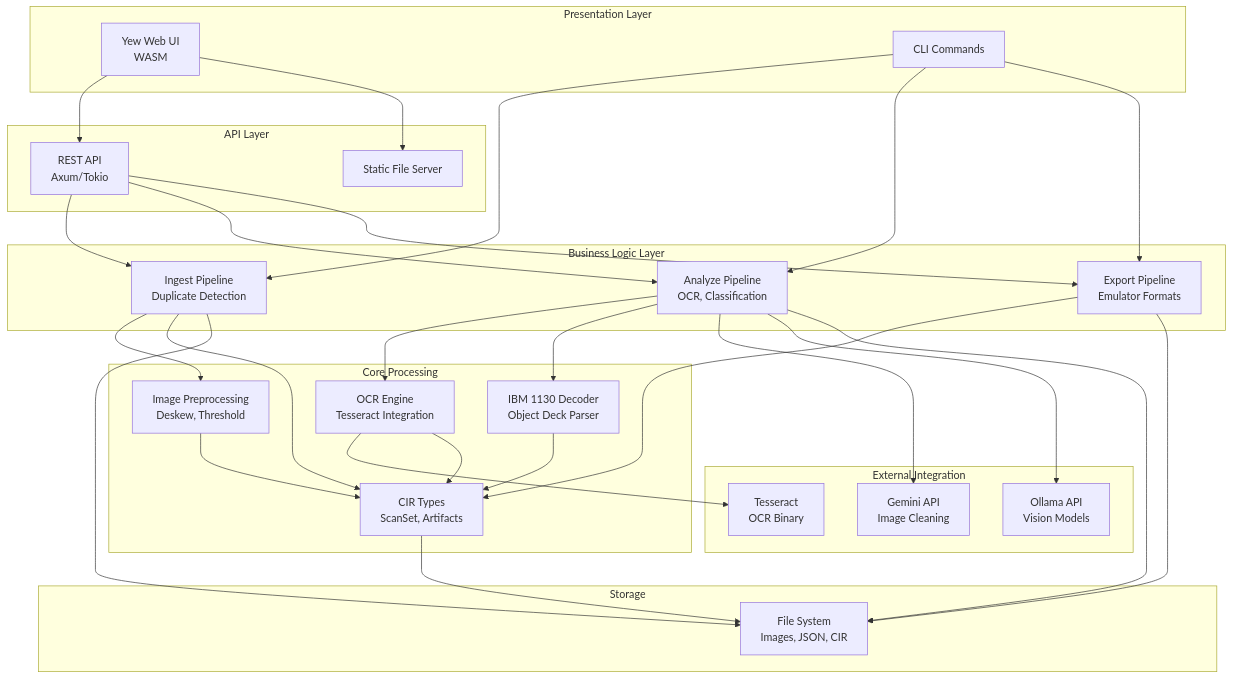
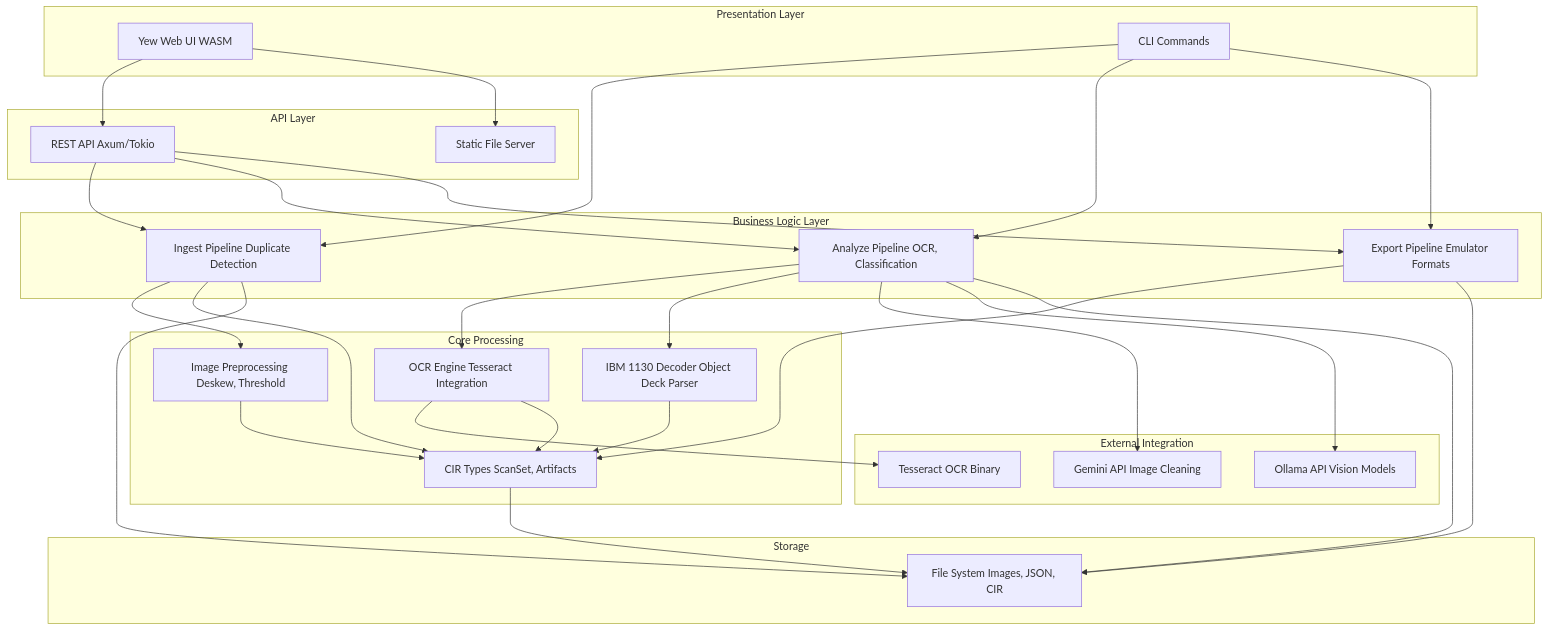
Before and after one commit to softwarewrighter/scan3data: the second of 11 diagrams in wiki/Architecture.md, drawn with Mermaid. The commit also changed other lines of this file and 6 other files, not shown here.

First line of the commit message:
Fix wiki Mermaid diagrams: remove <br/> tags

````diff
--- a/wiki/Architecture.md
+++ b/wiki/Architecture.md
@@ -55,62 +55,62 @@
 ```mermaid
 graph TB
     subgraph "Presentation Layer"
-        UI[Yew Web UI<br/>WASM]
+        UI[Yew Web UI WASM]
         CLICMD[CLI Commands]
     end
 
     subgraph "API Layer"
-        REST[REST API<br/>Axum/Tokio]
+        REST[REST API Axum/Tokio]
         SERVE[Static File Server]
     end
 
     subgraph "Business Logic Layer"
-        INGEST[Ingest Pipeline<br/>Duplicate Detection]
-        ANALYZE[Analyze Pipeline<br/>OCR, Classification]
-        EXPORT[Export Pipeline<br/>Emulator Formats]
+        INGEST[Ingest Pipeline Duplicate Detection]
+        ANALYZE[Analyze Pipeline OCR, Classification]
+        EXPORT[Export Pipeline Emulator Formats]
     end
 
     subgraph "Core Processing"
-        PREPROC[Image Preprocessing<br/>Deskew, Threshold]
-        OCR[OCR Engine<br/>Tesseract Integration]
-        DECODER[IBM 1130 Decoder<br/>Object Deck Parser]
-        CIR[CIR Types<br/>ScanSet, Artifacts]
+        PREPROC[Image Preprocessing Deskew, Threshold]
+        OCR[OCR Engine Tesseract Integration]
+        DECODER[IBM 1130 Decoder Object Deck Parser]
+        CIR[CIR Types ScanSet, Artifacts]
     end
 
     subgraph "External Integration"
-        GEMINI[Gemini API<br/>Image Cleaning]
-        OLLAMA[Ollama API<br/>Vision Models]
-        TESS[Tesseract<br/>OCR Binary]
+        GEMINI[Gemini API Image Cleaning]
+        OLLAMA[Ollama API Vision Models]
+        TESS[Tesseract OCR Binary]
     end
 
     subgraph "Storage"
-        FS[File System<br/>Images, JSON, CIR]
+        FS[File System Images, JSON, CIR]
     end
 
     UI --> REST
     UI --> SERVE
     CLICMD --> INGEST
     CLICMD --> ANALYZE
     CLICMD --> EXPORT
     REST --> INGEST
     REST --> ANALYZE
     REST --> EXPORT
 
     INGEST --> PREPROC
     INGEST --> CIR
     ANALYZE --> OCR
     ANALYZE --> DECODER
     ANALYZE --> GEMINI
     ANALYZE --> OLLAMA
     EXPORT --> CIR
 
     PREPROC --> CIR
     OCR --> TESS
     OCR --> CIR
     DECODER --> CIR
 
     INGEST --> FS
     ANALYZE --> FS
     EXPORT --> FS
     CIR --> FS
 ```
````
